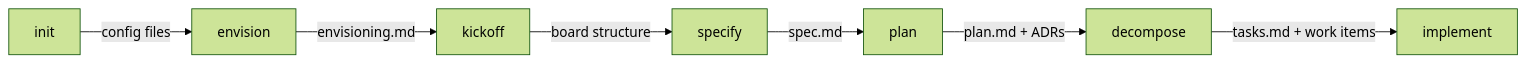
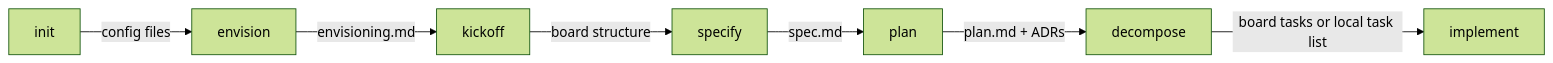
One commit to microsoft/devsquad-copilot changed the diagram in docs/src/content/docs/agents/lifecycle.mdx. Above: the diagram before and after it, drawn with Mermaid (forest theme). The commit also changed other lines of this file and 8 other files, not shown here.

````diff
--- a/docs/src/content/docs/agents/lifecycle.mdx
+++ b/docs/src/content/docs/agents/lifecycle.mdx
@@ -13,17 +13,17 @@
 ```mermaid
 flowchart LR
   init["init"]
   envision["envision"]
   kickoff["kickoff"]
   specify["specify"]
   plan["plan"]
   decompose["decompose"]
   implement["implement"]
 
   init -->|"config files"| envision
   envision -->|"envisioning.md"| kickoff
   kickoff -->|"board structure"| specify
   specify -->|"spec.md"| plan
   plan -->|"plan.md + ADRs"| decompose
-  decompose -->|"tasks.md + work items"| implement
+  decompose -->|"board tasks or local task list"| implement
 ```
````
